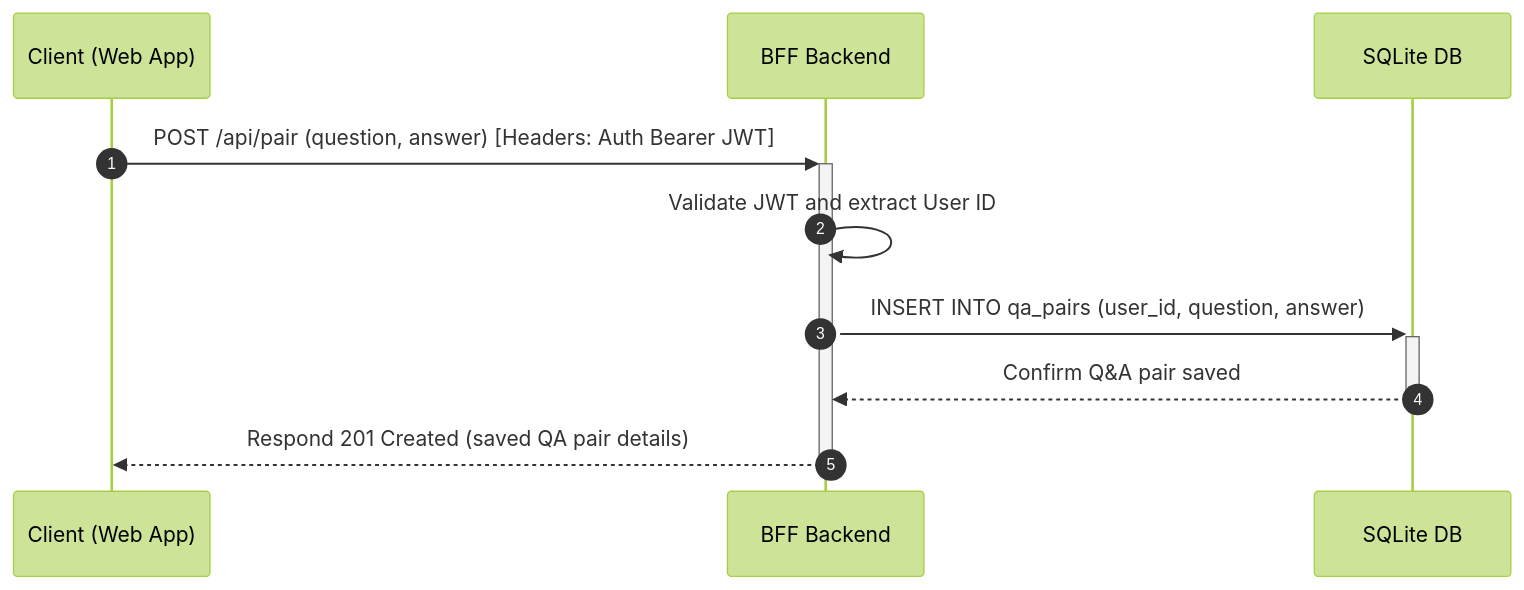
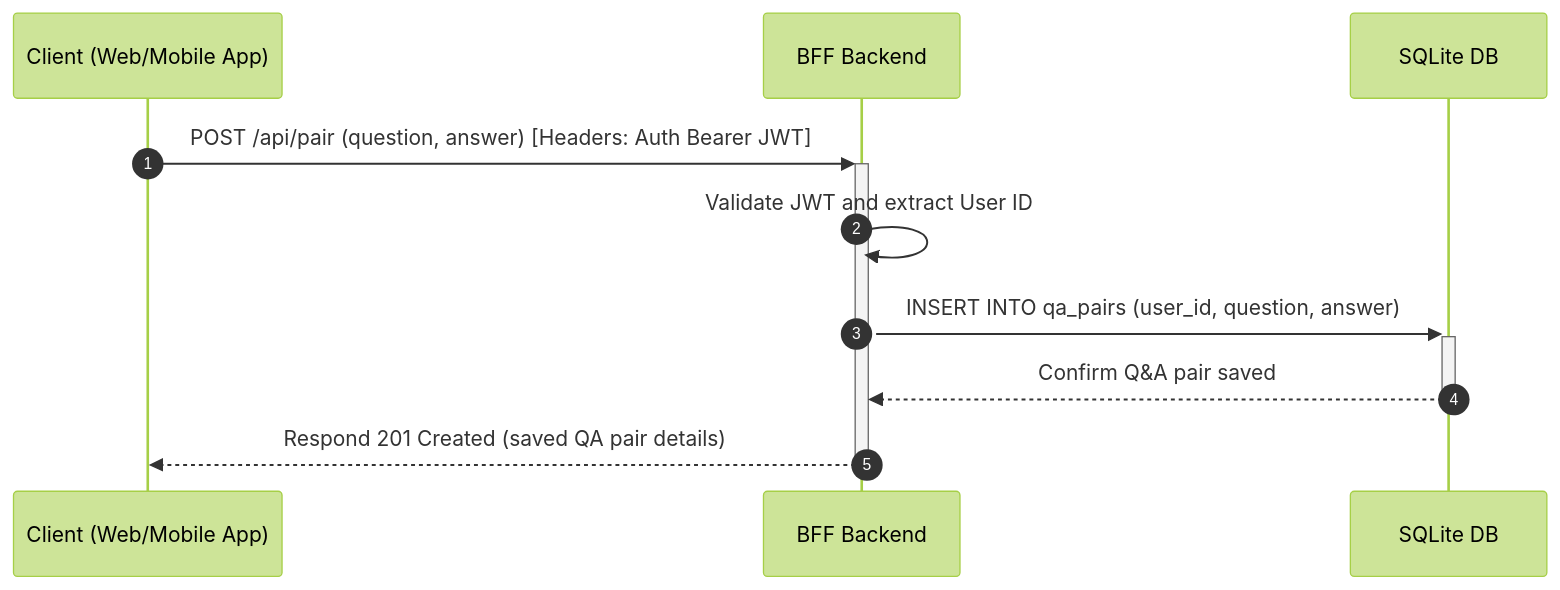
The fourth of 4 diagrams in docs/system/architecture.md (Stepheng753/AIU), drawn with Mermaid (forest theme) before and after one commit. The commit also changed other lines of this file and 39 other files, not shown here.

````diff
--- a/docs/system/architecture.md
+++ b/docs/system/architecture.md
@@ -72,9 +75,9 @@
 ```mermaid
 sequenceDiagram
     autonumber
-    Client (Web App)->>+BFF Backend: POST /api/pair (question, answer) [Headers: Auth Bearer JWT]
+    Client (Web/Mobile App)->>+BFF Backend: POST /api/pair (question, answer) [Headers: Auth Bearer JWT]
     BFF Backend->>BFF Backend: Validate JWT and extract User ID
     BFF Backend->>+SQLite DB: INSERT INTO qa_pairs (user_id, question, answer)
     SQLite DB-->>-BFF Backend: Confirm Q&A pair saved
-    BFF Backend-->>-Client (Web App): Respond 201 Created (saved QA pair details)
+    BFF Backend-->>-Client (Web/Mobile App): Respond 201 Created (saved QA pair details)
 ```
````
